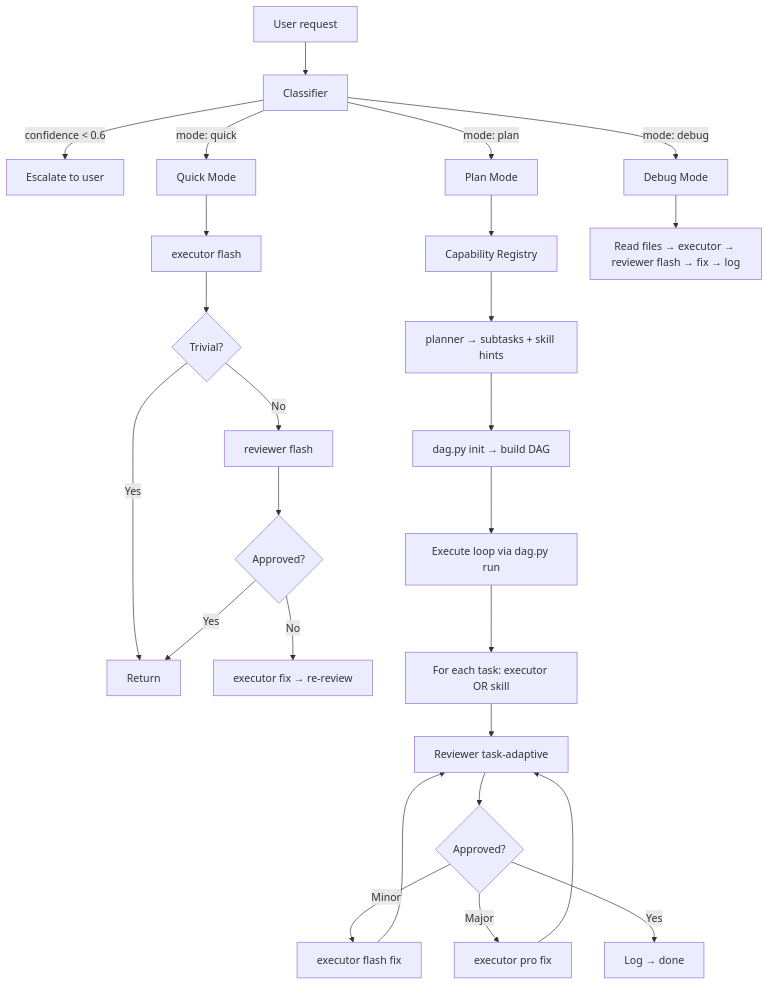
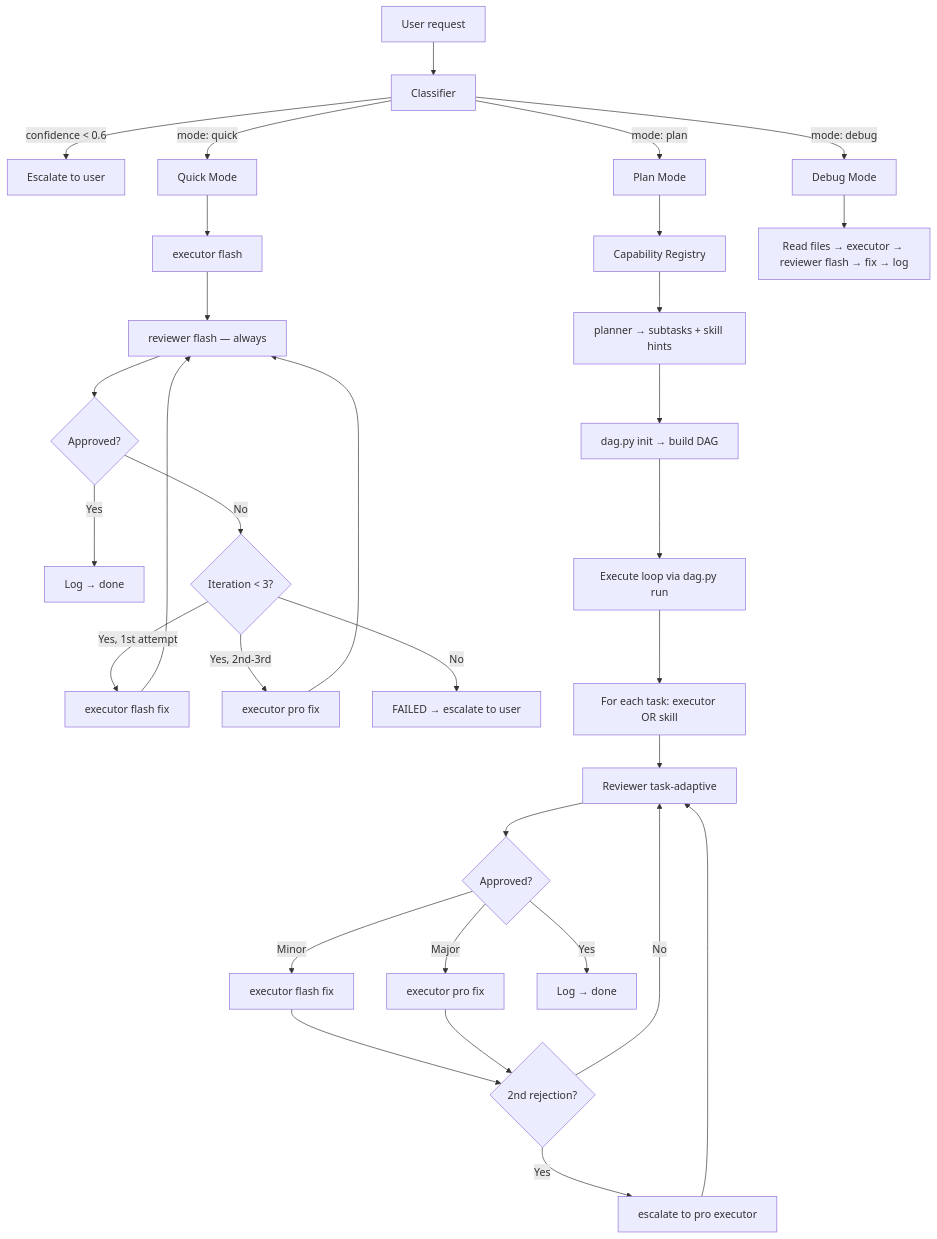
Before and after one commit to Echeq/myAI-Skills: the first of 2 diagrams in docs/skills/ai-orchestrator.md, drawn with Mermaid. The commit also changed other lines of this file and 3 other files, not shown here.

````diff
--- a/docs/skills/ai-orchestrator.md
+++ b/docs/skills/ai-orchestrator.md
@@ -25,32 +25,38 @@
 ```mermaid
 %%{init: { 'flowchart': { 'useMaxWidth': true }, 'themeCSS': '.mermaid svg { max-width: 100% !important; height: auto !important; }' } }%%
 flowchart TD
     A[User request] --> B[Classifier]
     B -->|"confidence < 0.6"| B_ESC[Escalate to user]
     B -->|"mode: quick"| C[Quick Mode]
     B -->|"mode: plan"| D[Plan Mode]
     B -->|"mode: debug"| E[Debug Mode]
 
     C --> C1[executor flash]
-    C1 --> C2{Trivial?}
-    C2 -->|Yes| C3[Return]
-    C2 -->|No| C4[reviewer flash]
-    C4 --> C5{Approved?}
-    C5 -->|Yes| C3
-    C5 -->|No| C6[executor fix → re-review]
+    C1 --> C2[reviewer flash — always]
+    C2 --> C3{Approved?}
+    C3 -->|Yes| C4[Log → done]
+    C3 -->|No| C5{Iteration < 3?}
+    C5 -->|Yes, 1st attempt| C6[executor flash fix]
+    C5 -->|Yes, 2nd-3rd| C7[executor pro fix]
+    C5 -->|No| C8[FAILED → escalate to user]
+    C6 --> C2
+    C7 --> C2
 
     D --> D1[Capability Registry]
     D1 --> D2[planner → subtasks + skill hints]
     D2 --> D3[dag.py init → build DAG]
     D3 --> D4[Execute loop via dag.py run]
     D4 --> D5[For each task: executor OR skill]
     D5 --> D6[Reviewer task-adaptive]
     D6 --> D7{Approved?}
     D7 -->|Minor| D8[executor flash fix]
     D7 -->|Major| D9[executor pro fix]
-    D8 --> D6
-    D9 --> D6
-    D7 -->|Yes| D10[Log → done]
+    D8 --> D10{2nd rejection?}
+    D9 --> D10
+    D10 -->|No| D6
+    D10 -->|Yes| D11[escalate to pro executor]
+    D11 --> D6
+    D7 -->|Yes| D12[Log → done]
 
     E --> E1[Read files → executor → reviewer flash → fix → log]
 ```
````
